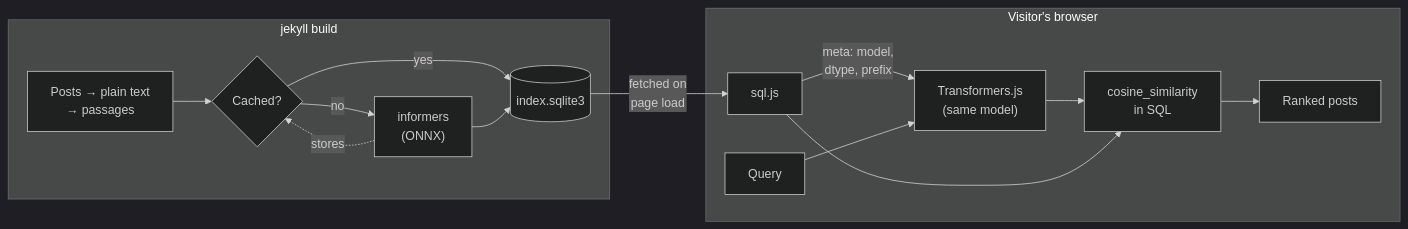
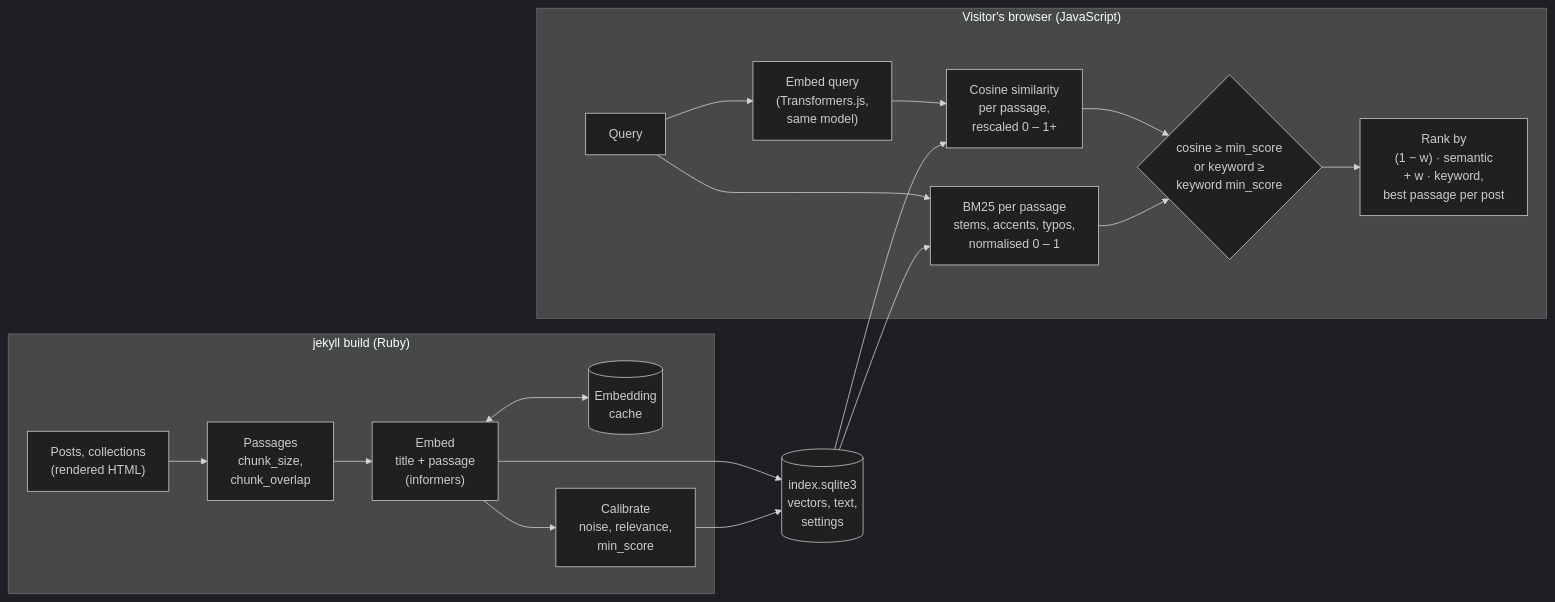
One commit to mourjo/jekyll-semantic-search changed the first of 3 diagrams in README.md. Above: the diagram before and after it, drawn with Mermaid (dark theme). The commit also changed other lines of this file and 18 other files, not shown here.

````diff
--- a/README.md
+++ b/README.md
@@ -14,20 +18,24 @@
 ```mermaid
 flowchart LR
-  subgraph build["jekyll build"]
-    P["Posts → plain text<br/>→ passages"] --> K{"Cached?"}
-    K -- no --> I["informers<br/>(ONNX)"]
-    I -. stores .-> K
-    K -- yes --> DB[("index.sqlite3")]
-    I --> DB
+  subgraph build["jekyll build (Ruby)"]
+    D["Posts, collections<br/>(rendered HTML)"] --> C["Passages<br/>chunk_size,<br/>chunk_overlap"]
+    C --> E["Embed<br/>title + passage<br/>(informers)"]
+    E <--> EC[("Embedding<br/>cache")]
+    E --> CAL["Calibrate<br/>noise, relevance,<br/>min_score"]
   end
 
-  subgraph browser["Visitor's browser"]
-    S["sql.js"] -- "meta: model,<br/>dtype, prefix" --> TJ["Transformers.js<br/>(same model)"]
-    Q["Query"] --> TJ
-    TJ --> R["cosine_similarity<br/>in SQL"]
-    S --> R
-    R --> Res["Ranked posts"]
+  E --> DB[("index.sqlite3<br/>vectors, text,<br/>settings")]
+  CAL --> DB
+
+  subgraph browser["Visitor's browser (JavaScript)"]
+    Q["Query"] --> QE["Embed query<br/>(Transformers.js,<br/>same model)"]
+    QE --> SEM["Cosine similarity<br/>per passage,<br/>rescaled 0 – 1+"]
+    Q --> KW["BM25 per passage<br/>stems, accents, typos,<br/>normalised 0 – 1"]
+    SEM --> F{"cosine ≥ min_score<br/>or keyword ≥<br/>keyword min_score"}
+    KW --> F
+    F --> R["Rank by<br/>(1 − w) · semantic<br/>+ w · keyword,<br/>best passage per post"]
   end
 
-  DB -- "fetched on<br/>page load" --> S
+  DB --> SEM
+  DB --> KW
 ```
````
